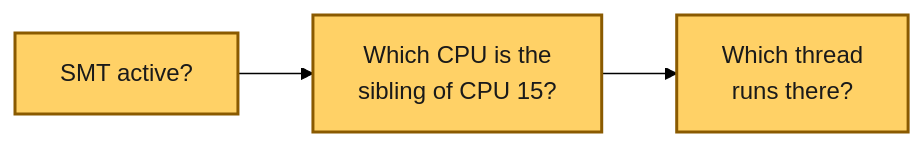
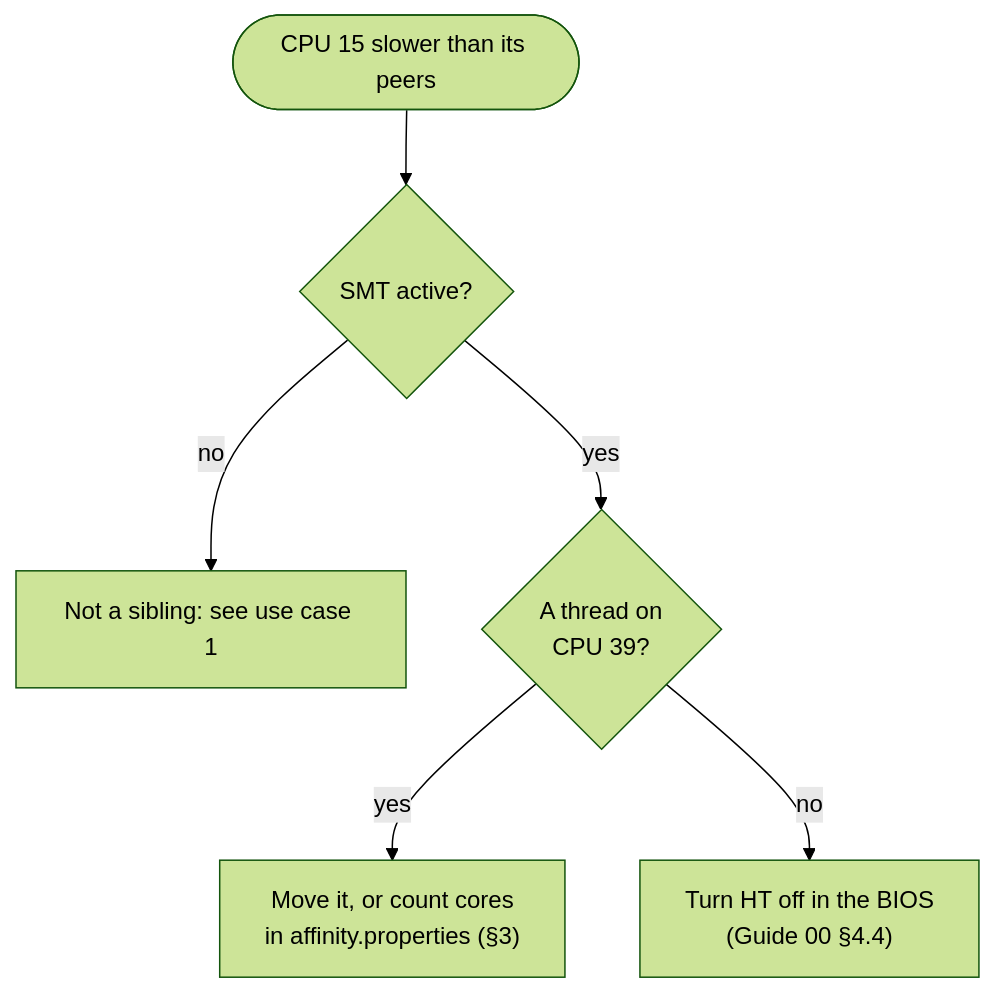
One commit to vitor-tadashi/mechanical-sympathy changed the diagram in examples/use-cases/12-the-sibling-that-shares-your-core.md. Above: the diagram before and after it, drawn with Mermaid (forest theme). The commit also changed other lines of this file and 21 other files, not shown here.

````diff
--- a/examples/use-cases/12-the-sibling-that-shares-your-core.md
+++ b/examples/use-cases/12-the-sibling-that-shares-your-core.md
@@ -42,6 +42,8 @@
 ```mermaid
-flowchart LR
-  a["SMT active?"] --> b["Which CPU is the<br/>sibling of CPU 15?"] --> c["Which thread<br/>runs there?"]
-  class a,b,c focus
-  classDef focus fill:#ffd166,stroke:#8a5a00,color:#1a1a1a,stroke-width:2px
+flowchart TD
+  s(["CPU 15 slower than its peers"]) --> q1{"SMT active?"}
+  q1 -- no --> f1["Not a sibling: see use case 1"]
+  q1 -- yes --> q2{"A thread on<br/>CPU 39?"}
+  q2 -- yes --> f2["Move it, or count cores<br/>in affinity.properties (§3)"]
+  q2 -- no --> f3["Turn HT off in the BIOS<br/>(Guide 00 §4.4)"]
 ```
````
